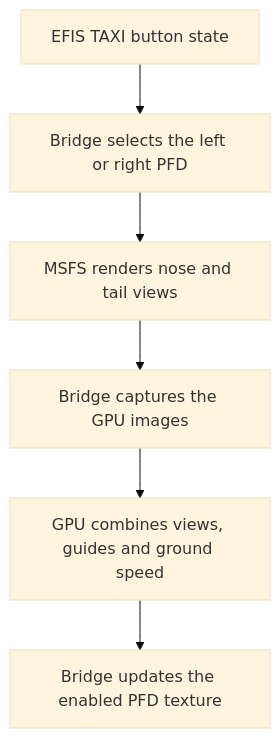
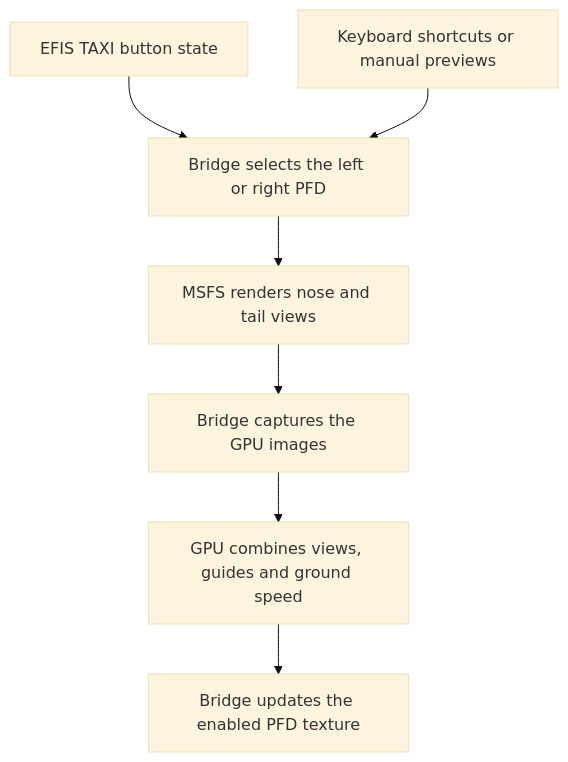
The diagram in docs/architecture.md (bigmoussi/taxi-cam), drawn with Mermaid (base theme) before and after one commit. The commit also changed other lines of this file and 24 other files, not shown here.

```diff
--- a/docs/architecture.md
+++ b/docs/architecture.md
@@ -11,8 +11,9 @@
 ~~~mermaid
 flowchart TD
     Button["EFIS TAXI button state"] --> Control["Bridge selects the left or right PFD"]
+    Manual["Keyboard shortcuts or manual previews"] --> Control
     Control --> Cameras["MSFS renders nose and tail views"]
     Cameras --> Capture["Bridge captures the GPU images"]
     Capture --> Combine["GPU combines views, guides and ground speed"]
     Combine --> Display["Bridge updates the enabled PFD texture"]
 ~~~
```
